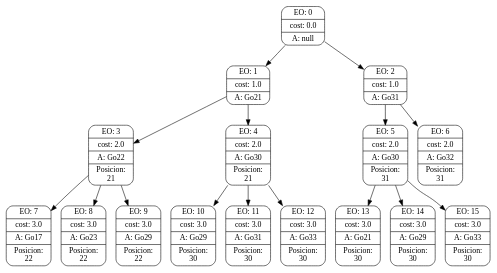
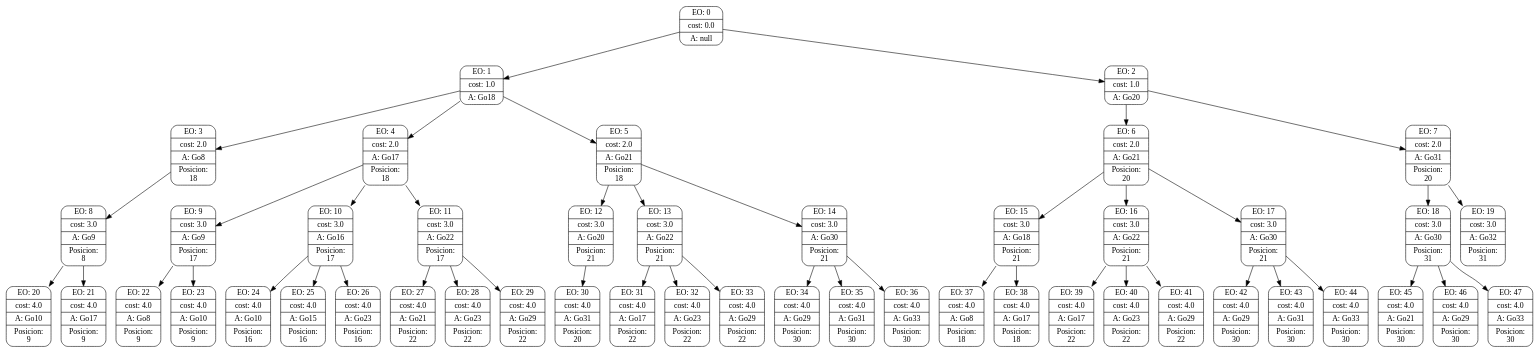
Before and after one commit to lniklison/TP-Inteligencia-artificial: the diagram in searchGVTrees/8.dot, drawn with Graphviz. The commit also changed 25 other files, not shown here.

```diff
--- a/searchGVTrees/8.dot
+++ b/searchGVTrees/8.dot
@@ -1,51 +1,147 @@
 digraph g {
 node [shape = Mrecord];
 nodo0[label="{EO: 0|cost: 0.0|A: null}"]
-nodo1[label="{EO: 1|cost: 1.0|A: Go21}"]
-nodo3[label="{EO: 3|cost: 2.0|A: Go22|Posicion:\n21}"]
-nodo7[label="{EO: 7|cost: 3.0|A: Go17|Posicion:\n22}"]
+nodo1[label="{EO: 1|cost: 1.0|A: Go18}"]
+nodo3[label="{EO: 3|cost: 2.0|A: Go8|Posicion:\n18}"]
+nodo8[label="{EO: 8|cost: 3.0|A: Go9|Posicion:\n8}"]
+nodo20[label="{EO: 20|cost: 4.0|A: Go10|Posicion:\n9}"]
 
-nodo3 -> nodo7;
-nodo8[label="{EO: 8|cost: 3.0|A: Go23|Posicion:\n22}"]
+nodo8 -> nodo20;
+nodo21[label="{EO: 21|cost: 4.0|A: Go17|Posicion:\n9}"]
+
+nodo8 -> nodo21;
 
 nodo3 -> nodo8;
-nodo9[label="{EO: 9|cost: 3.0|A: Go29|Posicion:\n22}"]
-
-nodo3 -> nodo9;
 
 nodo1 -> nodo3;
-nodo4[label="{EO: 4|cost: 2.0|A: Go30|Posicion:\n21}"]
-nodo10[label="{EO: 10|cost: 3.0|A: Go29|Posicion:\n30}"]
+nodo4[label="{EO: 4|cost: 2.0|A: Go17|Posicion:\n18}"]
+nodo9[label="{EO: 9|cost: 3.0|A: Go9|Posicion:\n17}"]
+nodo22[label="{EO: 22|cost: 4.0|A: Go8|Posicion:\n9}"]
+
+nodo9 -> nodo22;
+nodo23[label="{EO: 23|cost: 4.0|A: Go10|Posicion:\n9}"]
+
+nodo9 -> nodo23;
+
+nodo4 -> nodo9;
+nodo10[label="{EO: 10|cost: 3.0|A: Go16|Posicion:\n17}"]
+nodo24[label="{EO: 24|cost: 4.0|A: Go10|Posicion:\n16}"]
+
+nodo10 -> nodo24;
+nodo25[label="{EO: 25|cost: 4.0|A: Go15|Posicion:\n16}"]
+
+nodo10 -> nodo25;
+nodo26[label="{EO: 26|cost: 4.0|A: Go23|Posicion:\n16}"]
+
+nodo10 -> nodo26;
 
 nodo4 -> nodo10;
-nodo11[label="{EO: 11|cost: 3.0|A: Go31|Posicion:\n30}"]
+nodo11[label="{EO: 11|cost: 3.0|A: Go22|Posicion:\n17}"]
+nodo27[label="{EO: 27|cost: 4.0|A: Go21|Posicion:\n22}"]
+
+nodo11 -> nodo27;
+nodo28[label="{EO: 28|cost: 4.0|A: Go23|Posicion:\n22}"]
+
+nodo11 -> nodo28;
+nodo29[label="{EO: 29|cost: 4.0|A: Go29|Posicion:\n22}"]
+
+nodo11 -> nodo29;
 
 nodo4 -> nodo11;
-nodo12[label="{EO: 12|cost: 3.0|A: Go33|Posicion:\n30}"]
-
-nodo4 -> nodo12;
 
 nodo1 -> nodo4;
+nodo5[label="{EO: 5|cost: 2.0|A: Go21|Posicion:\n18}"]
+nodo12[label="{EO: 12|cost: 3.0|A: Go20|Posicion:\n21}"]
+nodo30[label="{EO: 30|cost: 4.0|A: Go31|Posicion:\n20}"]
+
+nodo12 -> nodo30;
+
+nodo5 -> nodo12;
+nodo13[label="{EO: 13|cost: 3.0|A: Go22|Posicion:\n21}"]
+nodo31[label="{EO: 31|cost: 4.0|A: Go17|Posicion:\n22}"]
+
+nodo13 -> nodo31;
+nodo32[label="{EO: 32|cost: 4.0|A: Go23|Posicion:\n22}"]
+
+nodo13 -> nodo32;
+nodo33[label="{EO: 33|cost: 4.0|A: Go29|Posicion:\n22}"]
+
+nodo13 -> nodo33;
+
+nodo5 -> nodo13;
+nodo14[label="{EO: 14|cost: 3.0|A: Go30|Posicion:\n21}"]
+nodo34[label="{EO: 34|cost: 4.0|A: Go29|Posicion:\n30}"]
+
+nodo14 -> nodo34;
+nodo35[label="{EO: 35|cost: 4.0|A: Go31|Posicion:\n30}"]
+
+nodo14 -> nodo35;
+nodo36[label="{EO: 36|cost: 4.0|A: Go33|Posicion:\n30}"]
+
+nodo14 -> nodo36;
+
+nodo5 -> nodo14;
+
+nodo1 -> nodo5;
 
 nodo0 -> nodo1;
-nodo2[label="{EO: 2|cost: 1.0|A: Go31}"]
-nodo5[label="{EO: 5|cost: 2.0|A: Go30|Posicion:\n31}"]
-nodo13[label="{EO: 13|cost: 3.0|A: Go21|Posicion:\n30}"]
+nodo2[label="{EO: 2|cost: 1.0|A: Go20}"]
+nodo6[label="{EO: 6|cost: 2.0|A: Go21|Posicion:\n20}"]
+nodo15[label="{EO: 15|cost: 3.0|A: Go18|Posicion:\n21}"]
+nodo37[label="{EO: 37|cost: 4.0|A: Go8|Posicion:\n18}"]
 
-nodo5 -> nodo13;
-nodo14[label="{EO: 14|cost: 3.0|A: Go29|Posicion:\n30}"]
+nodo15 -> nodo37;
+nodo38[label="{EO: 38|cost: 4.0|A: Go17|Posicion:\n18}"]
 
-nodo5 -> nodo14;
-nodo15[label="{EO: 15|cost: 3.0|A: Go33|Posicion:\n30}"]
+nodo15 -> nodo38;
 
-nodo5 -> nodo15;
+nodo6 -> nodo15;
+nodo16[label="{EO: 16|cost: 3.0|A: Go22|Posicion:\n21}"]
+nodo39[label="{EO: 39|cost: 4.0|A: Go17|Posicion:\n22}"]
 
-nodo2 -> nodo5;
-nodo6[label="{EO: 6|cost: 2.0|A: Go32|Posicion:\n31}"]
+nodo16 -> nodo39;
+nodo40[label="{EO: 40|cost: 4.0|A: Go23|Posicion:\n22}"]
+
+nodo16 -> nodo40;
+nodo41[label="{EO: 41|cost: 4.0|A: Go29|Posicion:\n22}"]
+
+nodo16 -> nodo41;
+
+nodo6 -> nodo16;
+nodo17[label="{EO: 17|cost: 3.0|A: Go30|Posicion:\n21}"]
+nodo42[label="{EO: 42|cost: 4.0|A: Go29|Posicion:\n30}"]
+
+nodo17 -> nodo42;
+nodo43[label="{EO: 43|cost: 4.0|A: Go31|Posicion:\n30}"]
+
+nodo17 -> nodo43;
+nodo44[label="{EO: 44|cost: 4.0|A: Go33|Posicion:\n30}"]
+
+nodo17 -> nodo44;
+
+nodo6 -> nodo17;
 
 nodo2 -> nodo6;
+nodo7[label="{EO: 7|cost: 2.0|A: Go31|Posicion:\n20}"]
+nodo18[label="{EO: 18|cost: 3.0|A: Go30|Posicion:\n31}"]
+nodo45[label="{EO: 45|cost: 4.0|A: Go21|Posicion:\n30}"]
+
+nodo18 -> nodo45;
+nodo46[label="{EO: 46|cost: 4.0|A: Go29|Posicion:\n30}"]
+
+nodo18 -> nodo46;
+nodo47[label="{EO: 47|cost: 4.0|A: Go33|Posicion:\n30}"]
+
+nodo18 -> nodo47;
+
+nodo7 -> nodo18;
+nodo19[label="{EO: 19|cost: 3.0|A: Go32|Posicion:\n31}"]
+
+nodo7 -> nodo19;
+
+nodo2 -> nodo7;
 
 nodo0 -> nodo2;
 
 
 }
```
